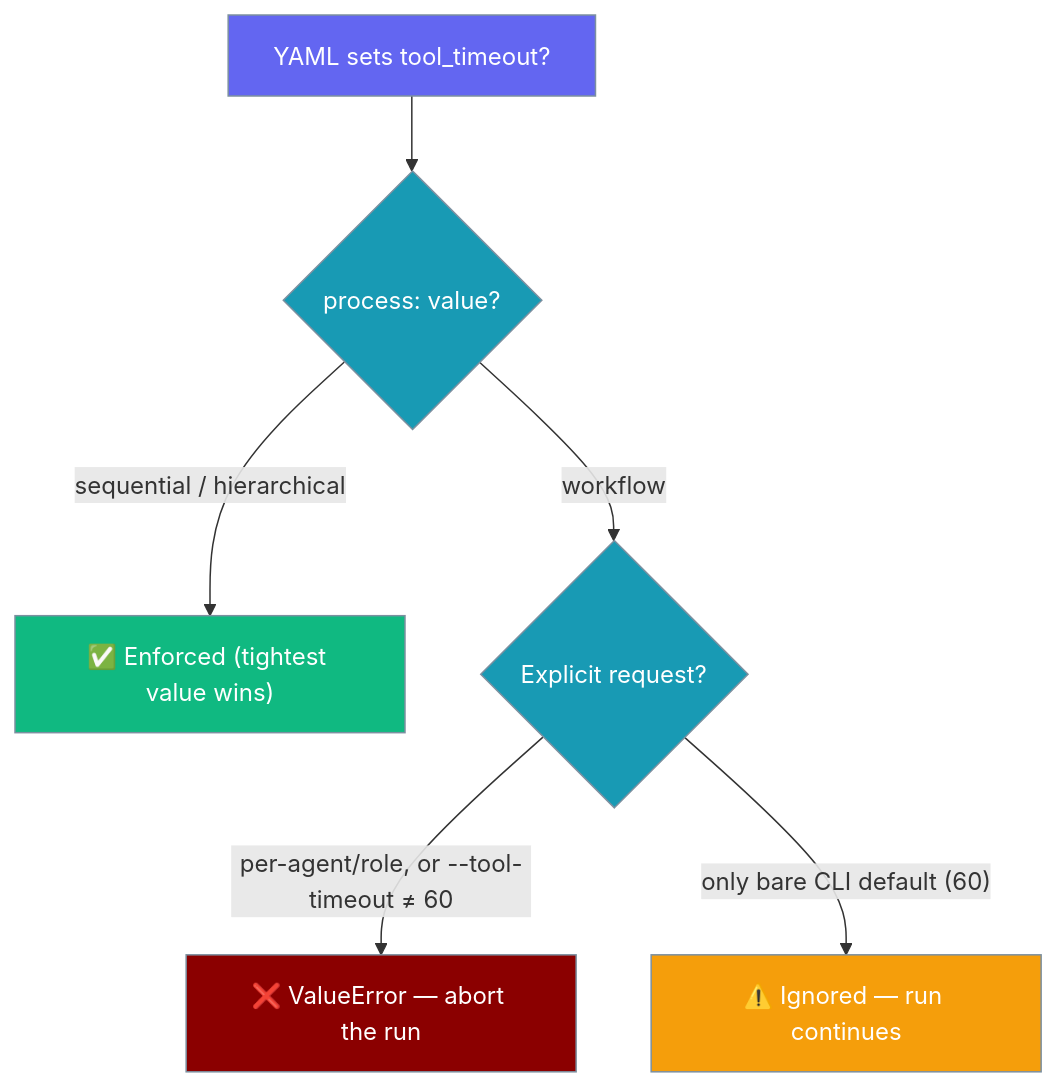
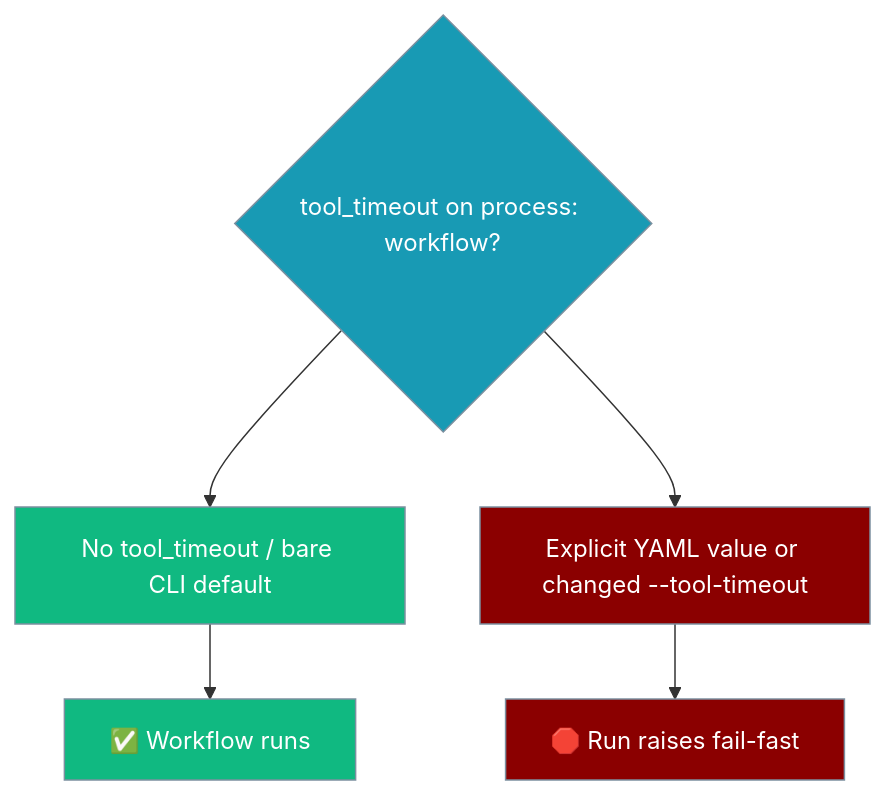
One commit to MervinPraison/PraisonAIDocs changed the fourth of 6 diagrams in docs/features/yaml-workflows.mdx. Above: the diagram before and after it, drawn with Mermaid. The commit also changed other lines of this file and 6 other files, not shown here.

Commit message:
docs: after_tool redaction/blocking + workflow tool_timeout fail-fast + /continue visual replay (fixes #2929)

````diff
--- a/docs/features/yaml-workflows.mdx
+++ b/docs/features/yaml-workflows.mdx
@@ -384,20 +367,14 @@
 ```mermaid
 graph TB
-    Start["YAML sets tool_timeout?"] --> Q1{"process: value?"}
-    Q1 -->|sequential / hierarchical| Enforce["✅ Enforced (tightest value wins)"]
-    Q1 -->|workflow| Q2{"Explicit request?"}
-    Q2 -->|"per-agent/role, or --tool-timeout ≠ 60"| Fail["❌ ValueError — abort the run"]
-    Q2 -->|"only bare CLI default (60)"| Ignore["⚠️ Ignored — run continues"]
+    Q{tool_timeout on process: workflow?} --> A[No tool_timeout / bare CLI default]
+    Q --> B[Explicit YAML value or changed --tool-timeout]
+    A --> R1[✅ Workflow runs]
+    B --> R2[🛑 Run raises fail-fast]
 
-    classDef q fill:#6366F1,stroke:#7C90A0,color:#fff
-    classDef dec fill:#189AB4,stroke:#7C90A0,color:#fff
+    classDef decision fill:#189AB4,stroke:#7C90A0,color:#fff
     classDef ok fill:#10B981,stroke:#7C90A0,color:#fff
-    classDef warn fill:#F59E0B,stroke:#7C90A0,color:#fff
-    classDef err fill:#8B0000,stroke:#7C90A0,color:#fff
-
-    class Start q
-    class Q1,Q2 dec
-    class Enforce ok
-    class Ignore warn
-    class Fail err
+    classDef fail fill:#8B0000,stroke:#7C90A0,color:#fff
+    class Q decision
+    class A,R1 ok
+    class B,R2 fail
 ```
````
